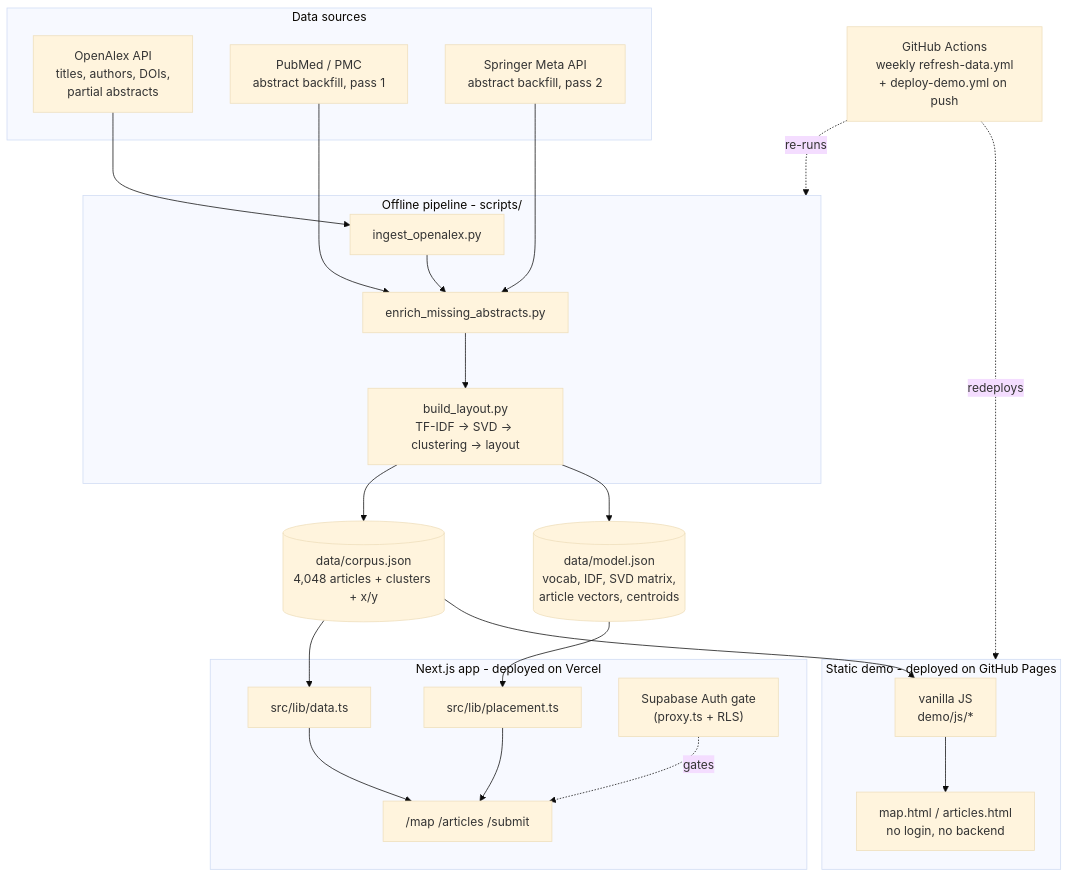
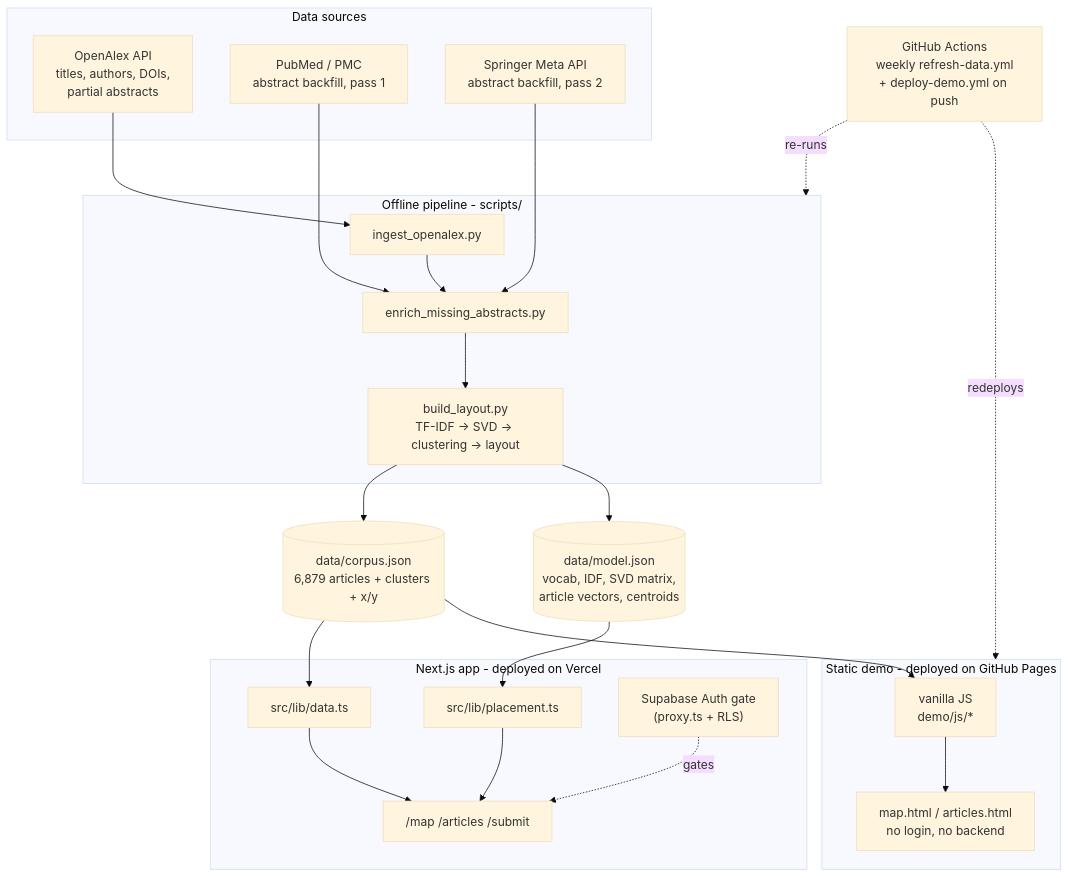
One commit to david-j-cox/published-landscape changed the first of 2 diagrams in README.md. Above: the diagram before and after it, drawn with Mermaid (base theme). The commit also changed other lines of this file and 3 other files, not shown here.

````diff
--- a/README.md
+++ b/README.md
@@ -41,43 +41,43 @@
 ```mermaid
 flowchart TB
     subgraph Sources["Data sources"]
         OA["OpenAlex API<br/>titles, authors, DOIs,<br/>partial abstracts"]
         PM["PubMed / PMC<br/>abstract backfill, pass 1"]
         SP["Springer Meta API<br/>abstract backfill, pass 2"]
     end
 
     subgraph Pipeline["Offline pipeline - scripts/"]
         ING["ingest_openalex.py"]
         ENR["enrich_missing_abstracts.py"]
         BLD["build_layout.py<br/>TF-IDF -&gt; SVD -&gt; clustering -&gt; layout"]
     end
 
     OA --> ING --> ENR
     PM --> ENR
     SP --> ENR
     ENR --> BLD
 
-    BLD --> CORPUS[("data/corpus.json<br/>4,048 articles + clusters + x/y")]
+    BLD --> CORPUS[("data/corpus.json<br/>6,879 articles + clusters + x/y")]
     BLD --> MODEL[("data/model.json<br/>vocab, IDF, SVD matrix,<br/>article vectors, centroids")]
 
     subgraph App["Next.js app - deployed on Vercel"]
         DATA["src/lib/data.ts"]
         PLACE["src/lib/placement.ts"]
         AUTH["Supabase Auth gate<br/>(proxy.ts + RLS)"]
         PAGES["/map  /articles  /submit"]
     end
 
     subgraph Demo["Static demo - deployed on GitHub Pages"]
         VJS["vanilla JS<br/>demo/js/*"]
         DPAGES["map.html / articles.html<br/>no login, no backend"]
     end
 
     CORPUS --> DATA --> PAGES
     MODEL --> PLACE --> PAGES
     AUTH -.gates.-> PAGES
     CORPUS --> VJS --> DPAGES
 
     GH["GitHub Actions<br/>weekly refresh-data.yml<br/>+ deploy-demo.yml on push"]
     GH -. re-runs .-> Pipeline
     GH -. redeploys .-> Demo
 ```
````
